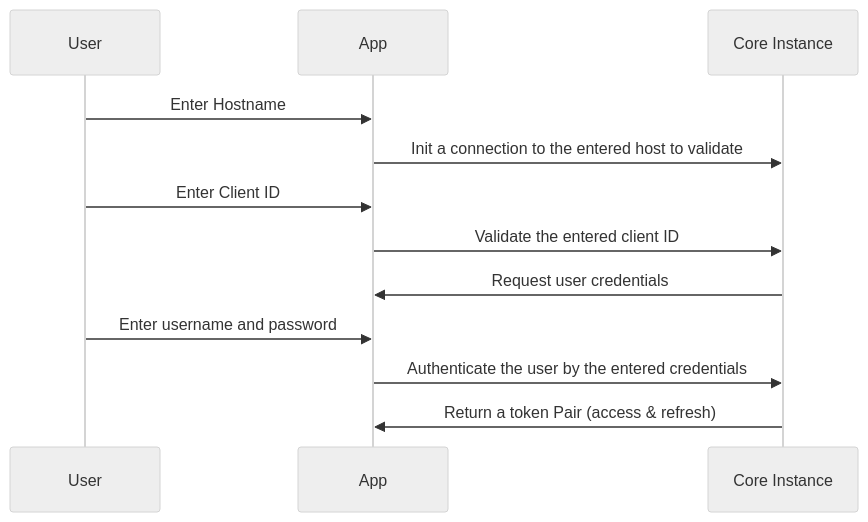
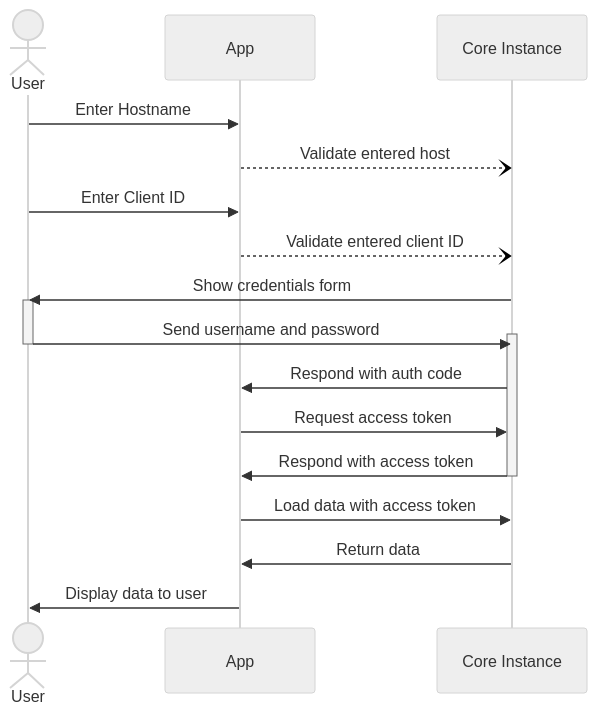
One commit to photos-network/android changed the first of 2 diagrams in README.md. Above: the diagram before and after it, drawn with Mermaid (neutral theme). The commit also changed other lines of this file, not shown here.

Commit message:
update diagrams

````diff
--- a/README.md
+++ b/README.md
@@ -19,14 +19,22 @@
 ```mermaid
 sequenceDiagram
-    participant U as User
+    actor U as User
     participant A as App
     participant C as Core Instance
     U->>A: Enter Hostname
-    A->>C: Init a connection to the entered host to validate
+    A--)C: Validate entered host
     U->>A: Enter Client ID
-    A->>C: Validate the entered client ID
-    C->>A: Request user credentials
-    U->>A: Enter username and password
-    A->>C: Authenticate the user by the entered credentials
-    C->>A: Return a token Pair (access & refresh)
+    A--)C: Validate entered client ID
+    C->>U: Show credentials form
+    activate U
+    U->>C: Send username and password
+    activate C
+    deactivate U
+    C->>A: Respond with auth code
+    A->>C: Request access token
+    C->>A: Respond with access token
+    deactivate C
+    A->>C: Load data with access token
+    C->>A: Return data
+    A->>U: Display data to user
 ```
````
